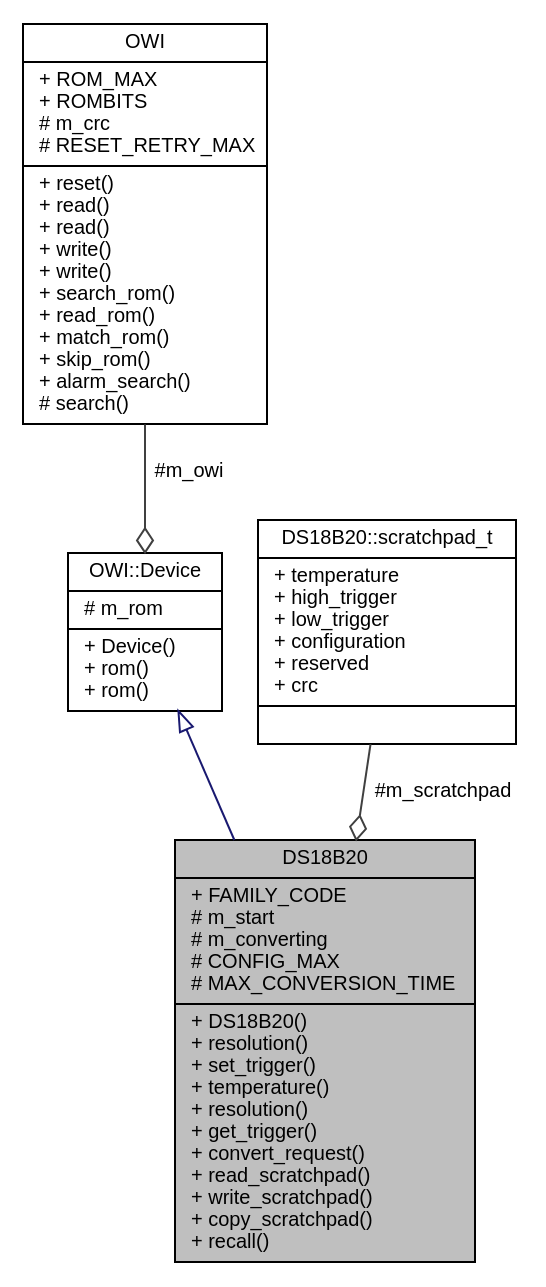
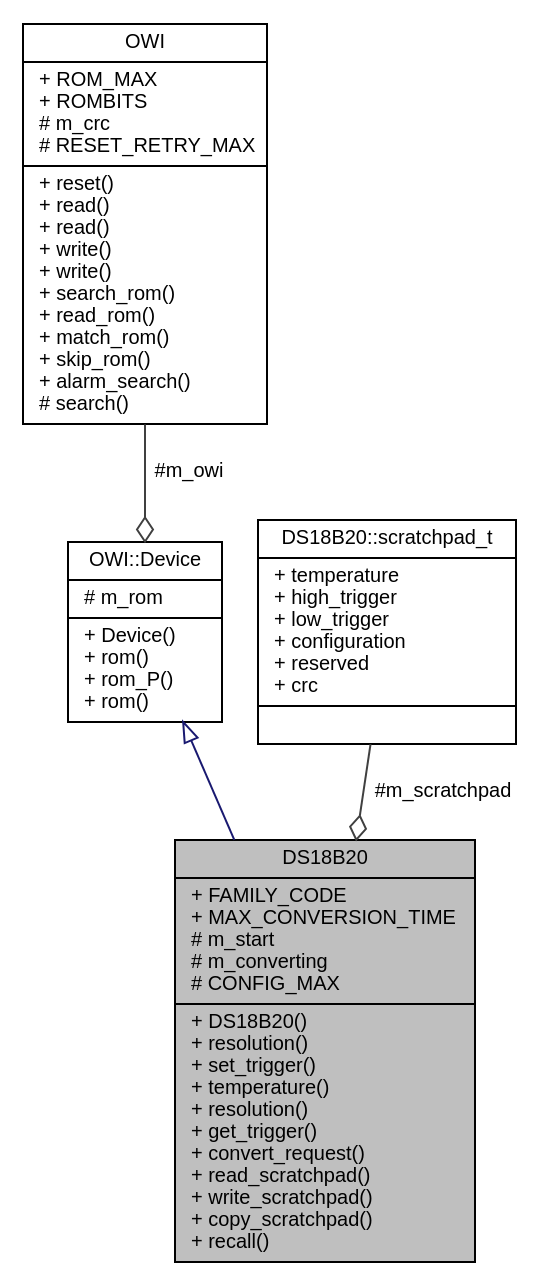
The diagram in Arduino-OWI/d4/d9e/classDS18B20__coll__graph.dot (mikaelpatel/mikaelpatel.github.io), drawn with Graphviz before and after one commit. The commit also changed 133 other files, not shown here.

```diff
--- a/Arduino-OWI/d4/d9e/classDS18B20__coll__graph.dot
+++ b/Arduino-OWI/d4/d9e/classDS18B20__coll__graph.dot
@@ -1,12 +1,12 @@
 digraph "DS18B20"
 {
   edge [fontname="Helvetica",fontsize="10",labelfontname="Helvetica",labelfontsize="10"];
   node [fontname="Helvetica",fontsize="10",shape=record];
-  Node1 [label="{DS18B20\n|+ FAMILY_CODE\l# m_start\l# m_converting\l# CONFIG_MAX\l# MAX_CONVERSION_TIME\l|+ DS18B20()\l+ resolution()\l+ set_trigger()\l+ temperature()\l+ resolution()\l+ get_trigger()\l+ convert_request()\l+ read_scratchpad()\l+ write_scratchpad()\l+ copy_scratchpad()\l+ recall()\l}",height=0.2,width=0.4,color="black", fillcolor="grey75", style="filled", fontcolor="black"];
+  Node1 [label="{DS18B20\n|+ FAMILY_CODE\l+ MAX_CONVERSION_TIME\l# m_start\l# m_converting\l# CONFIG_MAX\l|+ DS18B20()\l+ resolution()\l+ set_trigger()\l+ temperature()\l+ resolution()\l+ get_trigger()\l+ convert_request()\l+ read_scratchpad()\l+ write_scratchpad()\l+ copy_scratchpad()\l+ recall()\l}",height=0.2,width=0.4,color="black", fillcolor="grey75", style="filled", fontcolor="black"];
   Node2 -> Node1 [dir="back",color="midnightblue",fontsize="10",style="solid",arrowtail="onormal",fontname="Helvetica"];
-  Node2 [label="{OWI::Device\n|# m_rom\l|+ Device()\l+ rom()\l+ rom()\l}",height=0.2,width=0.4,color="black", fillcolor="white", style="filled",URL="$d0/d7f/classOWI_1_1Device.html"];
+  Node2 [label="{OWI::Device\n|# m_rom\l|+ Device()\l+ rom()\l+ rom_P()\l+ rom()\l}",height=0.2,width=0.4,color="black", fillcolor="white", style="filled",URL="$d0/d7f/classOWI_1_1Device.html"];
   Node3 -> Node2 [color="grey25",fontsize="10",style="solid",label=" #m_owi" ,arrowhead="odiamond",fontname="Helvetica"];
   Node3 [label="{OWI\n|+ ROM_MAX\l+ ROMBITS\l# m_crc\l# RESET_RETRY_MAX\l|+ reset()\l+ read()\l+ read()\l+ write()\l+ write()\l+ search_rom()\l+ read_rom()\l+ match_rom()\l+ skip_rom()\l+ alarm_search()\l# search()\l}",height=0.2,width=0.4,color="black", fillcolor="white", style="filled",URL="$d7/d90/classOWI.html"];
   Node4 -> Node1 [color="grey25",fontsize="10",style="solid",label=" #m_scratchpad" ,arrowhead="odiamond",fontname="Helvetica"];
   Node4 [label="{DS18B20::scratchpad_t\n|+ temperature\l+ high_trigger\l+ low_trigger\l+ configuration\l+ reserved\l+ crc\l|}",height=0.2,width=0.4,color="black", fillcolor="white", style="filled",URL="$d4/d1f/structDS18B20_1_1scratchpad__t.html"];
 }
```
